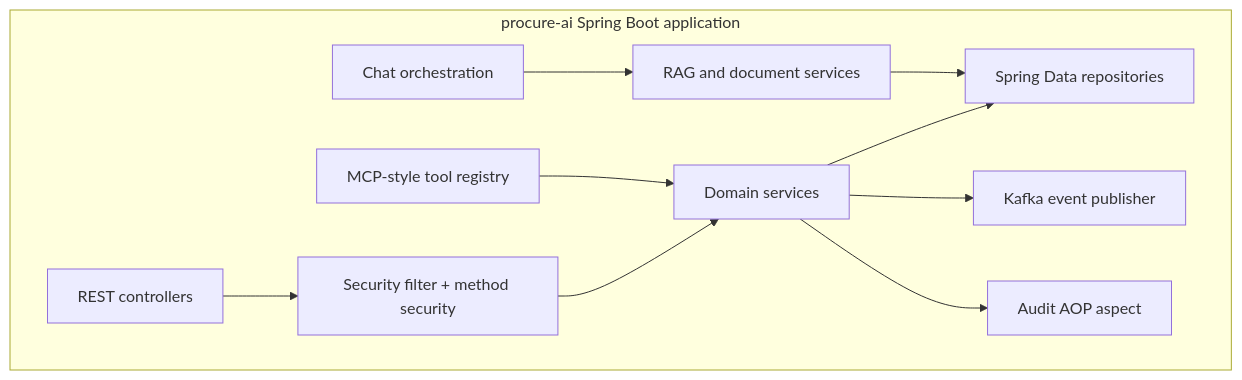
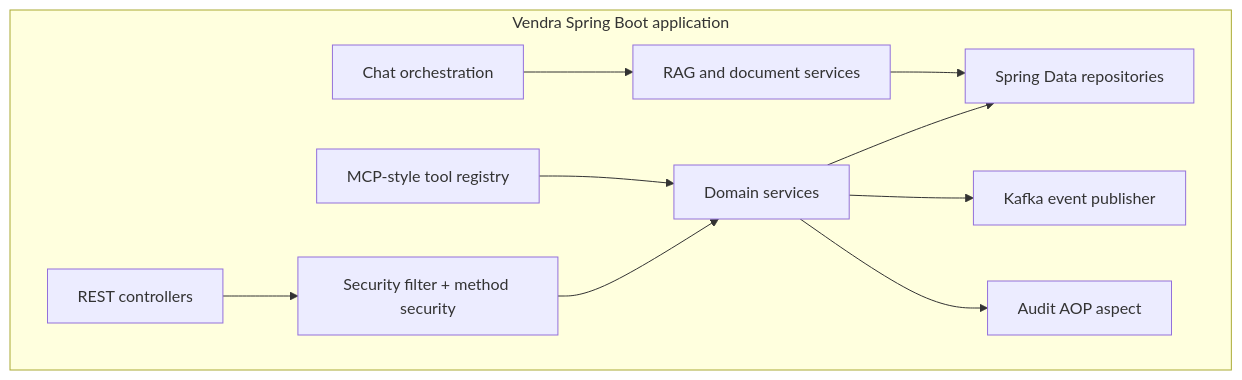
One commit to nithishkesalram/vendra changed the second of 6 diagrams in ARCHITECTURE.md. Above: the diagram before and after it, drawn with Mermaid. The commit also changed other lines of this file and 9 other files, not shown here.

````diff
--- a/ARCHITECTURE.md
+++ b/ARCHITECTURE.md
@@ -29,23 +29,23 @@
 ```mermaid
 flowchart TB
-    subgraph App["procure-ai Spring Boot application"]
+    subgraph App["Vendra Spring Boot application"]
         Controllers["REST controllers"]
         SecurityLayer["Security filter + method security"]
         Services["Domain services"]
         Repositories["Spring Data repositories"]
         AuditAspect["Audit AOP aspect"]
         EventPublisher["Kafka event publisher"]
         ToolRegistry["MCP-style tool registry"]
         ChatService["Chat orchestration"]
         RagServices["RAG and document services"]
     end
 
     Controllers --> SecurityLayer
     SecurityLayer --> Services
     ToolRegistry --> Services
     ChatService --> RagServices
     Services --> Repositories
     Services --> EventPublisher
     Services --> AuditAspect
     RagServices --> Repositories
 ```
````
